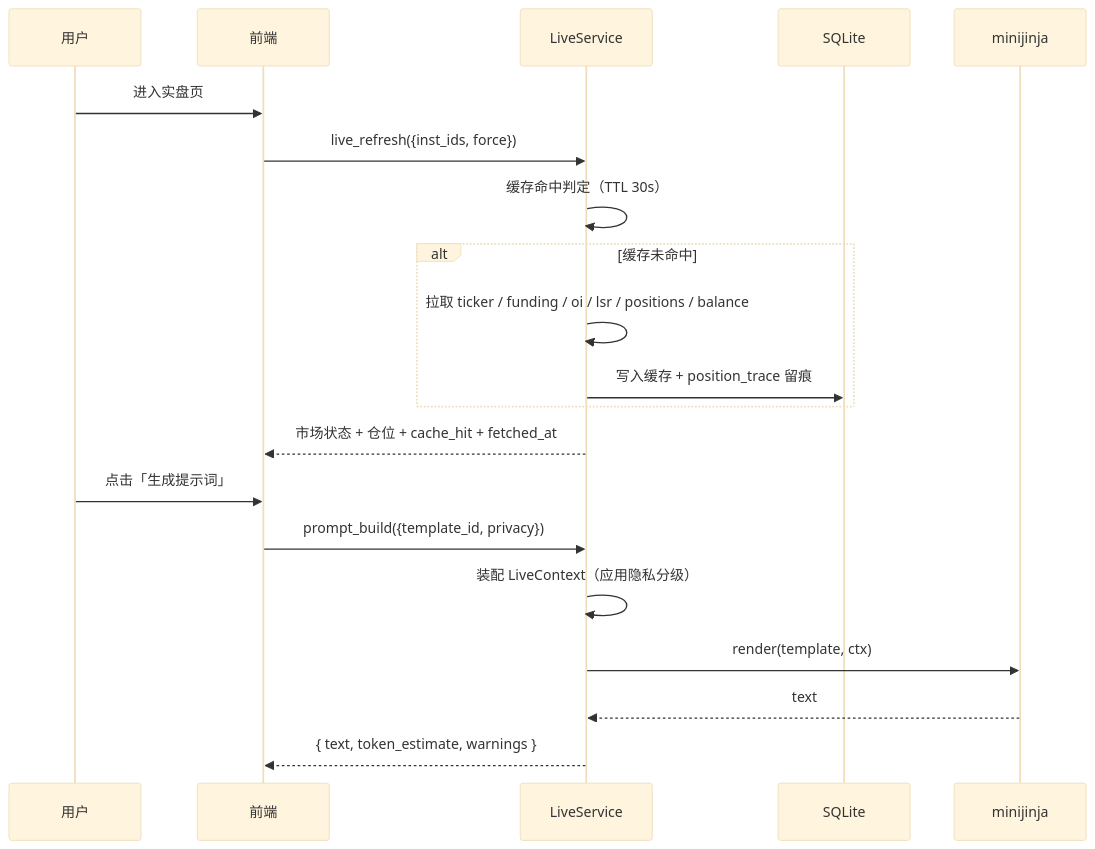
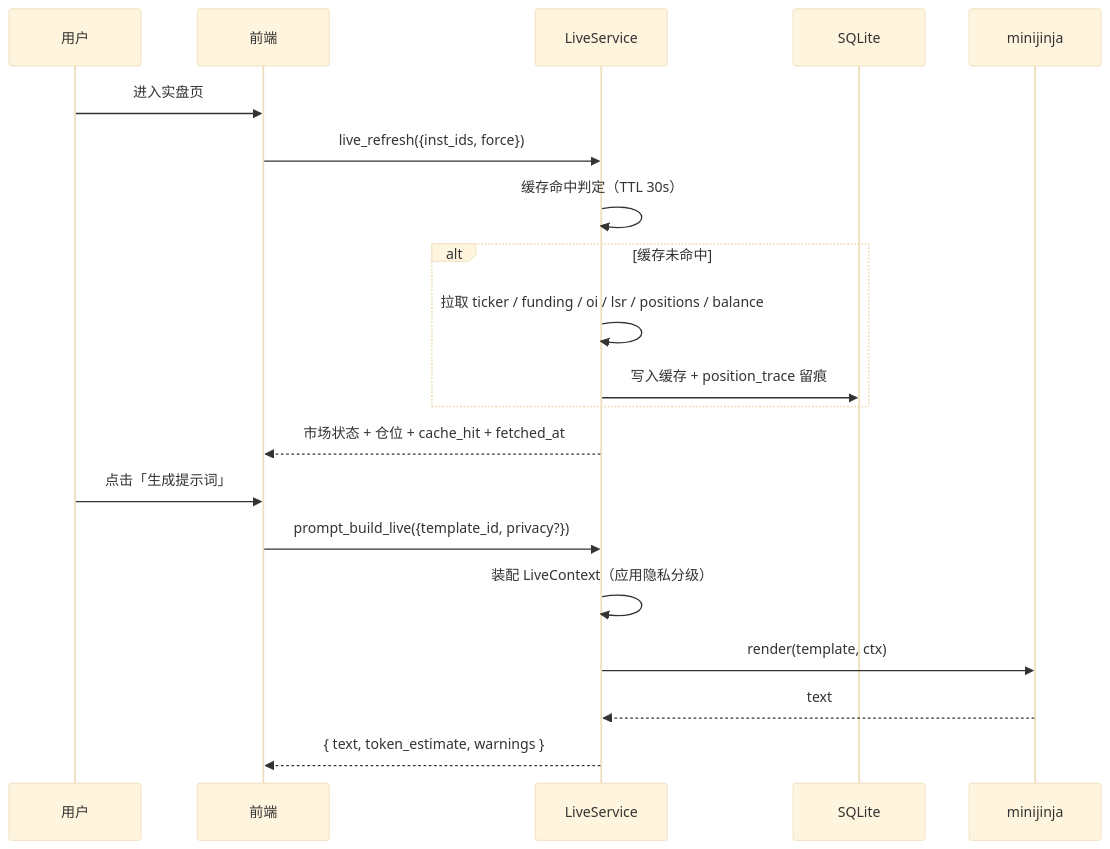
The second of 4 diagrams in docs/DESIGN.md (alice-yinian/marketlens), drawn with Mermaid (base theme) before and after one commit. The commit also changed other lines of this file and 39 other files, not shown here.

````diff
--- a/docs/DESIGN.md
+++ b/docs/DESIGN.md
@@ -916,23 +936,23 @@
 ```mermaid
 sequenceDiagram
     participant U as 用户
     participant F as 前端
     participant S as LiveService
     participant DB as SQLite
     participant T as minijinja
 
     U->>F: 进入实盘页
     F->>S: live_refresh({inst_ids, force})
     S->>S: 缓存命中判定（TTL 30s）
     alt 缓存未命中
         S->>S: 拉取 ticker / funding / oi / lsr / positions / balance
         S->>DB: 写入缓存 + position_trace 留痕
     end
     S-->>F: 市场状态 + 仓位 + cache_hit + fetched_at
     U->>F: 点击「生成提示词」
-    F->>S: prompt_build({template_id, privacy})
+    F->>S: prompt_build_live({template_id, privacy?})
     S->>S: 装配 LiveContext（应用隐私分级）
     S->>T: render(template, ctx)
     T-->>S: text
     S-->>F: { text, token_estimate, warnings }
 ```
````
